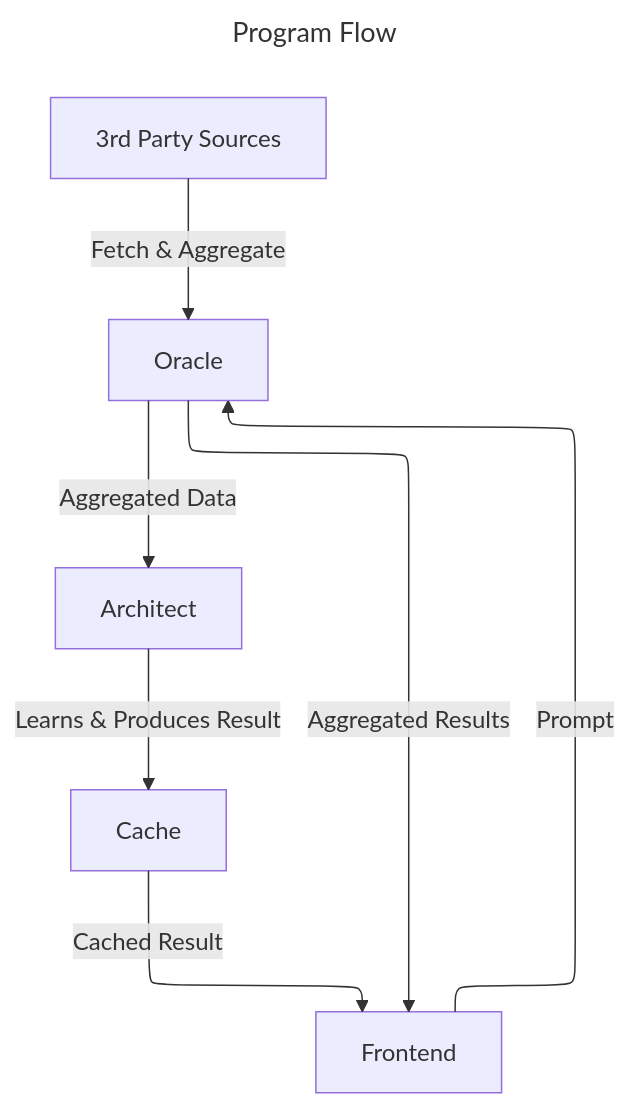
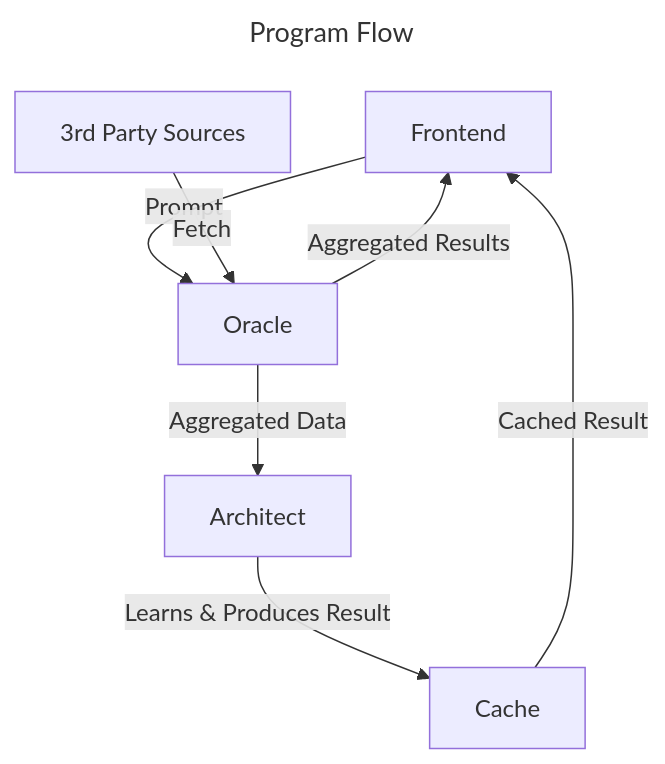
One commit to LelIllumina/Refresh changed the diagram in src/content/blogs/Unemployment.mdx. Above: the diagram before and after it, drawn with Mermaid. The commit also changed 6 other files, not shown here.

````diff
--- a/src/content/blogs/Unemployment.mdx
+++ b/src/content/blogs/Unemployment.mdx
@@ -97,15 +97,13 @@
 ```mermaid
 ---
 title: Program Flow
-config:
-  layout: elk
 ---
 flowchart TD
     F[Frontend] -->|Prompt| O[Oracle]
     O -->|Aggregated Data| A[Architect]
     O -->|Aggregated Results| F[Frontend]
     A -->|Learns & Produces Result| C[Cache]
     C -->|Cached Result| F[Frontend]
-    T[3rd Party Sources] -->|Fetch & Aggregate| O
+    T[3rd Party Sources] -->|Fetch| O
 
 ```
````
